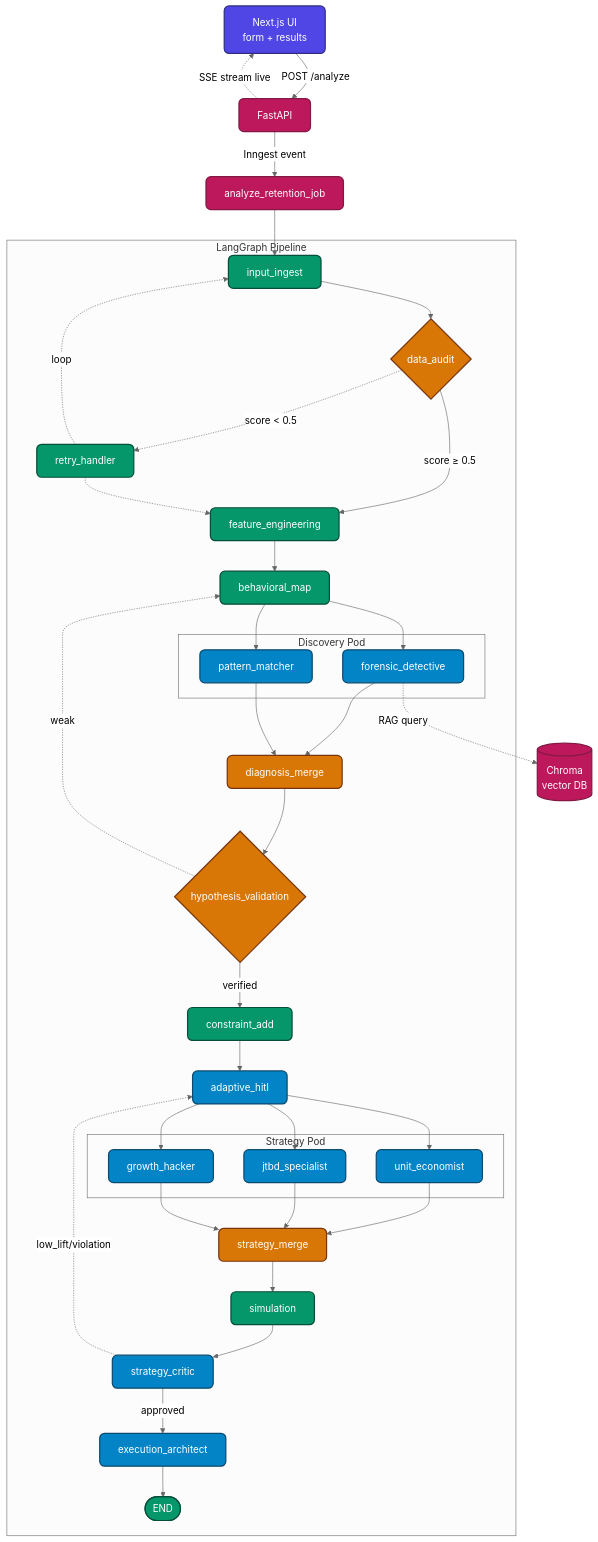
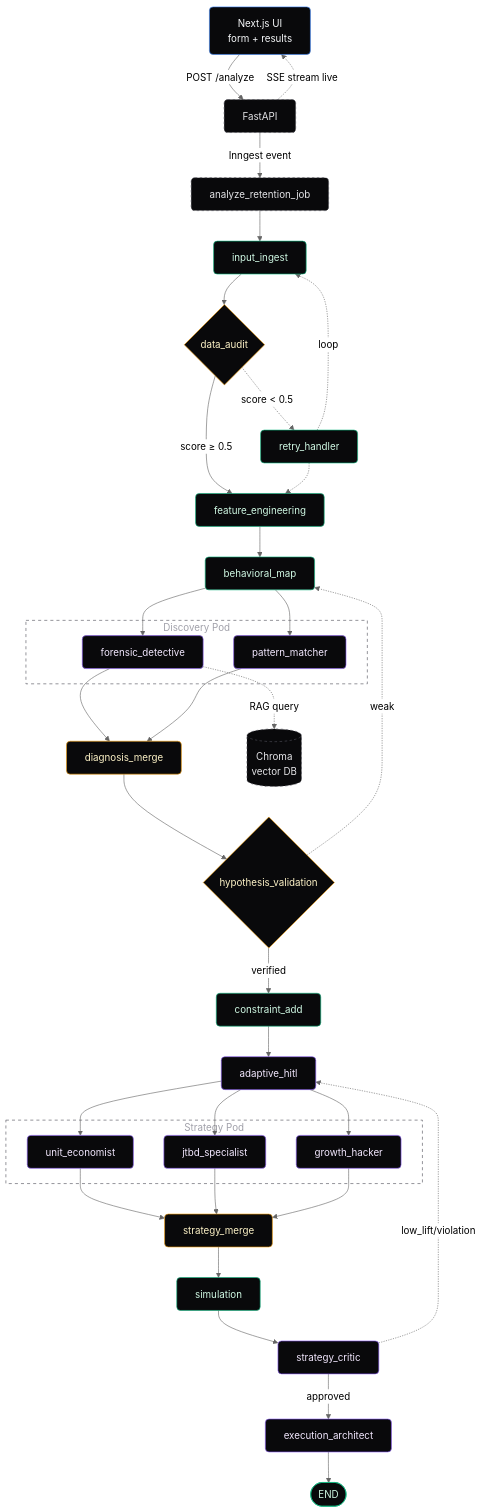
The first of 3 diagrams in README.md (Srijan76-code/Retain_AI), drawn with Mermaid (neutral theme) before and after one commit. The commit also changed other lines of this file, not shown here.

Commit message:
16.docs: update readme

````diff
--- a/README.md
+++ b/README.md
@@ -28,61 +29,63 @@
 ```mermaid
 flowchart TD
-    %% Styling
-    classDef ui fill:#4f46e5,stroke:#312e81,stroke-width:2px,color:#fff,rx:8px,ry:8px;
-    classDef ext fill:#be185d,stroke:#831843,stroke-width:2px,color:#fff,rx:8px,ry:8px;
-    classDef agent fill:#0284c7,stroke:#0c4a6e,stroke-width:2px,color:#fff,rx:8px,ry:8px;
-    classDef util fill:#059669,stroke:#064e3b,stroke-width:2px,color:#fff,rx:8px,ry:8px;
-    classDef gate fill:#d97706,stroke:#78350f,stroke-width:2px,color:#fff,rx:8px,ry:8px;
+    %% Premium minimalist styling
+    classDef default fill:#09090b,stroke:#52525B,stroke-width:1px,color:#f8fafc,rx:6px,ry:6px;
+    classDef ui fill:#09090b,stroke:#3b82f6,stroke-width:1px,color:#f8fafc,rx:6px,ry:6px;
+    classDef ext fill:#09090b,stroke:#52525B,stroke-width:1px,color:#e4e4e7,stroke-dasharray: 4 4,rx:6px,ry:6px;
+    classDef agent fill:#09090b,stroke:#8b5cf6,stroke-width:1px,color:#f3e8ff,rx:6px,ry:6px;
+    classDef util fill:#09090b,stroke:#10b981,stroke-width:1px,color:#d1fae5,rx:6px,ry:6px;
+    classDef gate fill:#09090b,stroke:#f59e0b,stroke-width:1px,color:#fef3c7,rx:6px,ry:6px;
 
     UI[Next.js UI<br/>form + results]:::ui -->|POST /analyze| API[FastAPI]:::ext
     API -.->|SSE stream live| UI
     API -->|Inngest event| JOB[analyze_retention_job]:::ext
     JOB --> II
 
-    subgraph G [LangGraph Pipeline]
-        II[input_ingest]:::util --> DA{data_audit}:::gate
-        
-        %% Main branch
-        DA -->|score ≥ 0.5| FE[feature_engineering]:::util
-        
-        %% Side branch
-        DA -.->|score &lt; 0.5| RH[retry_handler]:::util
-        RH -.-> FE
-        
-        FE --> BM[behavioral_map]:::util
-        
-        subgraph Discovery [Discovery Pod]
-            FD[forensic_detective]:::agent
-            PM[pattern_matcher]:::agent
-        end
-        
-        BM --> FD & PM
-        FD & PM --> DM[diagnosis_merge]:::gate
-        
-        DM --> HV{hypothesis_validation}:::gate
-        HV -->|verified| CA[constraint_add]:::util
-        
-        CA --> HITL[adaptive_hitl]:::agent
-        
-        subgraph Strategy [Strategy Pod]
-            UE[unit_economist]:::agent
-            JTBD[jtbd_specialist]:::agent
-            GH[growth_hacker]:::agent
-        end
-        
-        HITL --> UE & JTBD & GH
-        UE & JTBD & GH --> SM[strategy_merge]:::gate
-        
-        SM --> SIM[simulation]:::util
-        SIM --> SC[strategy_critic]:::agent
-        SC -->|approved| EA[execution_architect]:::agent
-        EA --> END([END]):::util
-        
-        %% Loops (placed at end to keep DAG rank aligned)
-        RH -.->|loop| II
-        HV -.->|weak| BM
-        SC -.->|low_lift/violation| HITL
+    %% LangGraph Pipeline
+    II[input_ingest]:::util --> DA{data_audit}:::gate
+
+    %% Main branch
+    DA -->|score ≥ 0.5| FE[feature_engineering]:::util
+
+    %% Side branch
+    DA -.->|score &lt; 0.5| RH[retry_handler]:::util
+    RH -.-> FE
+
+    FE --> BM[behavioral_map]:::util
+
+    subgraph Discovery [Discovery Pod]
+        FD[forensic_detective]:::agent
+        PM[pattern_matcher]:::agent
     end
+    style Discovery fill:none,stroke:#52525B,stroke-width:1px,stroke-dasharray:5 5,color:#A1A1AA
+
+    BM --> FD & PM
+    FD & PM --> DM[diagnosis_merge]:::gate
+
+    DM --> HV{hypothesis_validation}:::gate
+    HV -->|verified| CA[constraint_add]:::util
+
+    CA --> HITL[adaptive_hitl]:::agent
+
+    subgraph Strategy [Strategy Pod]
+        UE[unit_economist]:::agent
+        JTBD[jtbd_specialist]:::agent
+        GH[growth_hacker]:::agent
+    end
+    style Strategy fill:none,stroke:#52525B,stroke-width:1px,stroke-dasharray:5 5,color:#A1A1AA
+
+    HITL --> UE & JTBD & GH
+    UE & JTBD & GH --> SM[strategy_merge]:::gate
+
+    SM --> SIM[simulation]:::util
+    SIM --> SC[strategy_critic]:::agent
+    SC -->|approved| EA[execution_architect]:::agent
+    EA --> END([END]):::util
+
+    %% Loops (placed at end to keep DAG rank aligned)
+    RH -.->|loop| II
+    HV -.->|weak| BM
+    SC -.->|low_lift/violation| HITL
 
     RAG[(Chroma<br/>vector DB)]:::ext
     FD -.->|RAG query| RAG
````
